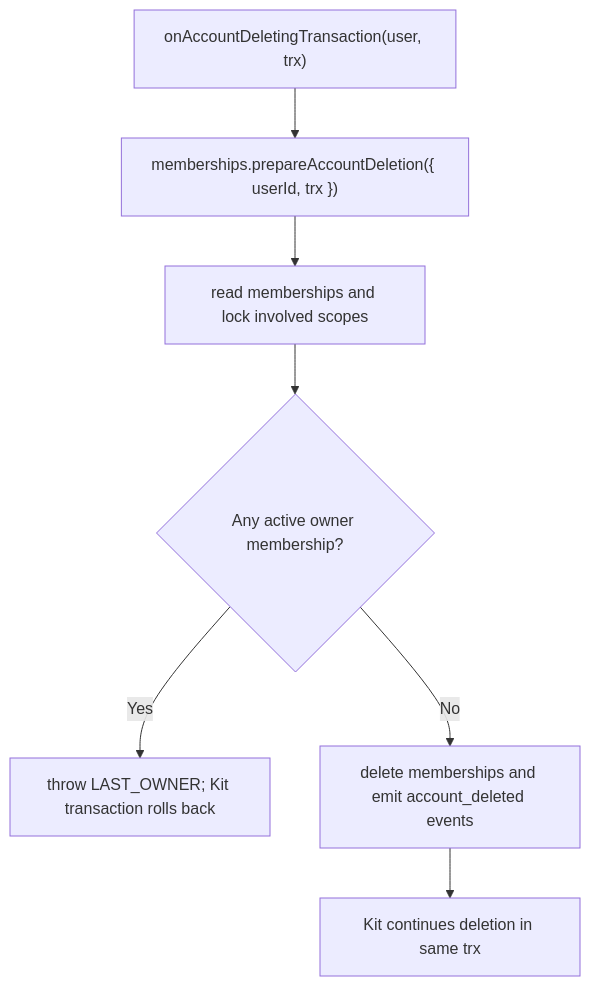
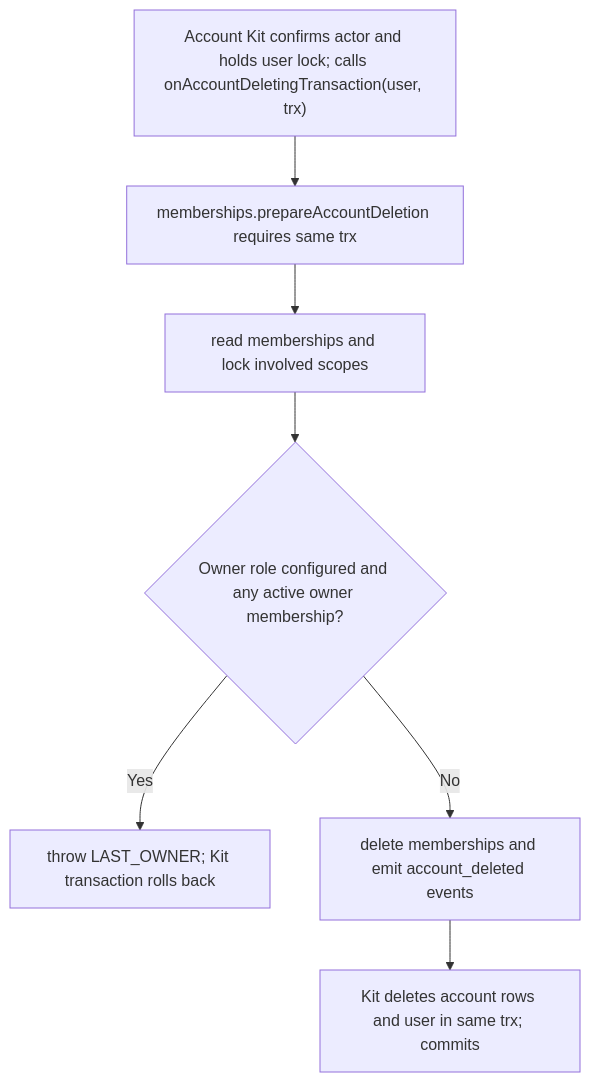
Before and after one commit to Kevinjohn/oss-adonisjs-access-control: the second of 2 diagrams in user-stories/US-ACCESS-20-protect-account-deletion.md, drawn with Mermaid. The commit also changed 31 other files, not shown here.

````diff
--- a/user-stories/US-ACCESS-20-protect-account-deletion.md
+++ b/user-stories/US-ACCESS-20-protect-account-deletion.md
@@ -31,9 +31,9 @@
 ```mermaid
 flowchart TD
-    A["onAccountDeletingTransaction(user, trx)"] --> B["memberships.prepareAccountDeletion({ userId, trx })"]
+    A["Account Kit confirms actor and holds user lock; calls onAccountDeletingTransaction(user, trx)"] --> B["memberships.prepareAccountDeletion requires same trx"]
     B --> C["read memberships and lock involved scopes"]
-    C --> D{"Any active owner membership?"}
+    C --> D{"Owner role configured and any active owner membership?"}
     D -->|Yes| E["throw LAST_OWNER; Kit transaction rolls back"]
     D -->|No| F["delete memberships and emit account_deleted events"]
-    F --> G["Kit continues deletion in same trx"]
+    F --> G["Kit deletes account rows and user in same trx; commits"]
 ```
````
